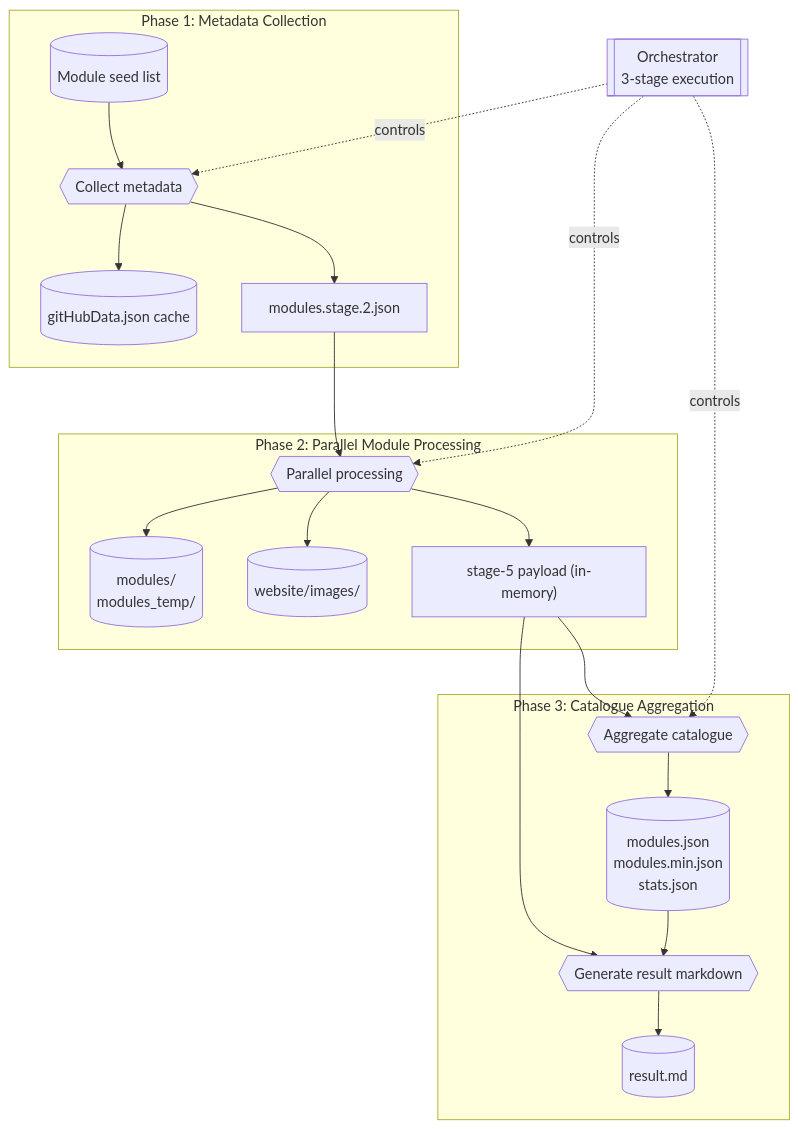
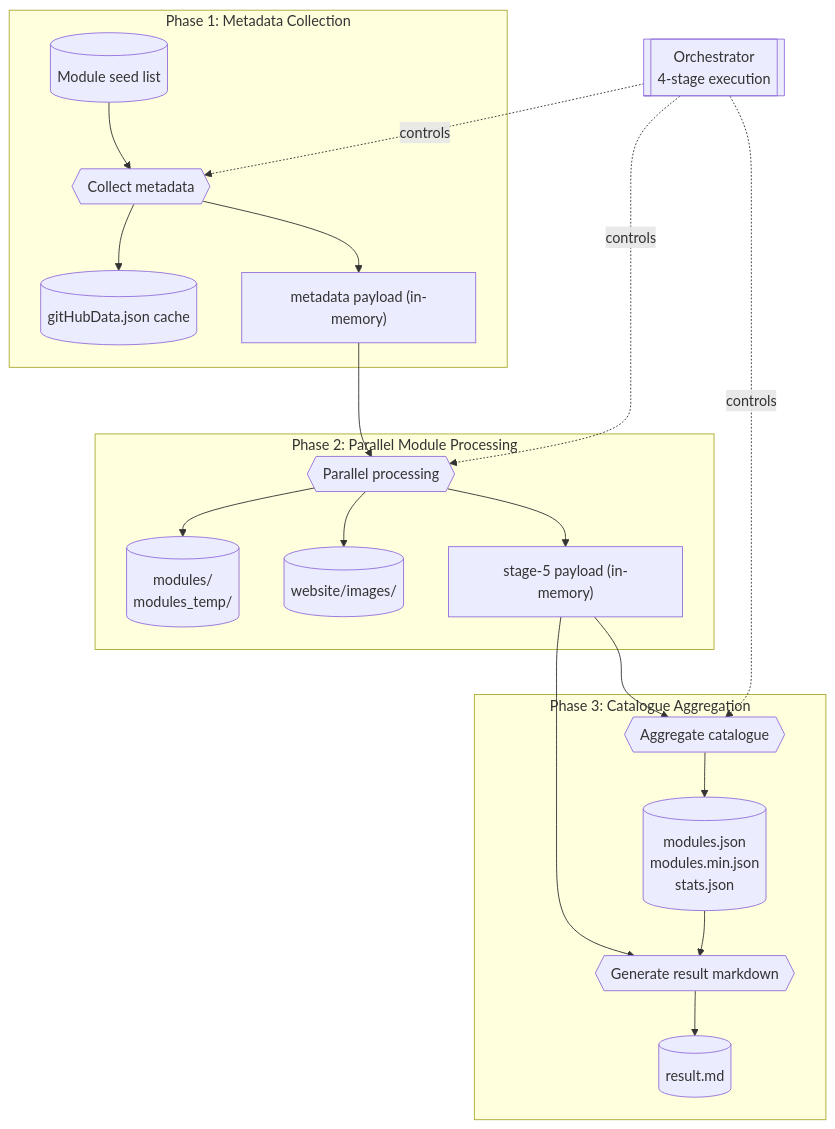
The first of 5 diagrams in docs/architecture.md (KristjanESPERANTO/MagicMirror-3rd-Party-Modules), drawn with Mermaid before and after one commit. The commit also changed other lines of this file and 11 other files, not shown here.

First line of the commit message:
chore(cleanup): remove remaining modules.stage references

````diff
--- a/docs/architecture.md
+++ b/docs/architecture.md
@@ -20,29 +20,29 @@
 ```mermaid
 flowchart TB
-  orchestrator[[Orchestrator<br>3-stage execution]]
+  orchestrator[[Orchestrator<br>4-stage execution]]
 
   subgraph Phase 1: Metadata Collection
     seed[("Module seed list")] --> collect{{Collect metadata}}
     collect --> cache[("gitHubData.json cache")]
-    collect --> stage2["modules.stage.2.json"]
+    collect --> metadata["metadata payload (in-memory)"]
   end
 
   subgraph Phase 2: Parallel Module Processing
-    stage2 --> parallel{{Parallel processing}}
+    metadata --> parallel{{Parallel processing}}
     parallel --> clones[("modules/<br>modules_temp/")]
     parallel --> images[("website/images/")]
     parallel --> stage5["stage-5 payload (in-memory)"]
   end
 
   subgraph Phase 3: Catalogue Aggregation
     stage5 --> aggregate{{Aggregate catalogue}}
     aggregate --> outputs[("modules.json<br>modules.min.json<br>stats.json")]
     stage5 --> result{{Generate result markdown}}
     outputs --> result
     result --> resultMd[("result.md")]
   end
 
   orchestrator -.controls.-> collect
   orchestrator -.controls.-> parallel
   orchestrator -.controls.-> aggregate
 ```
````
